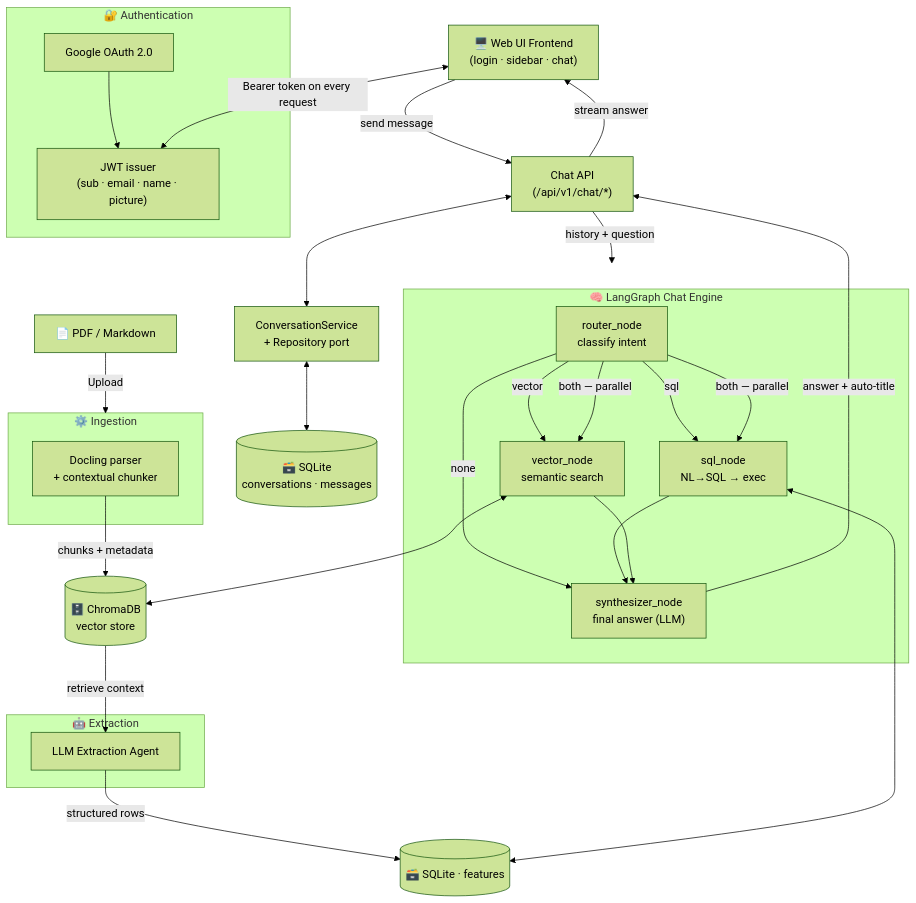
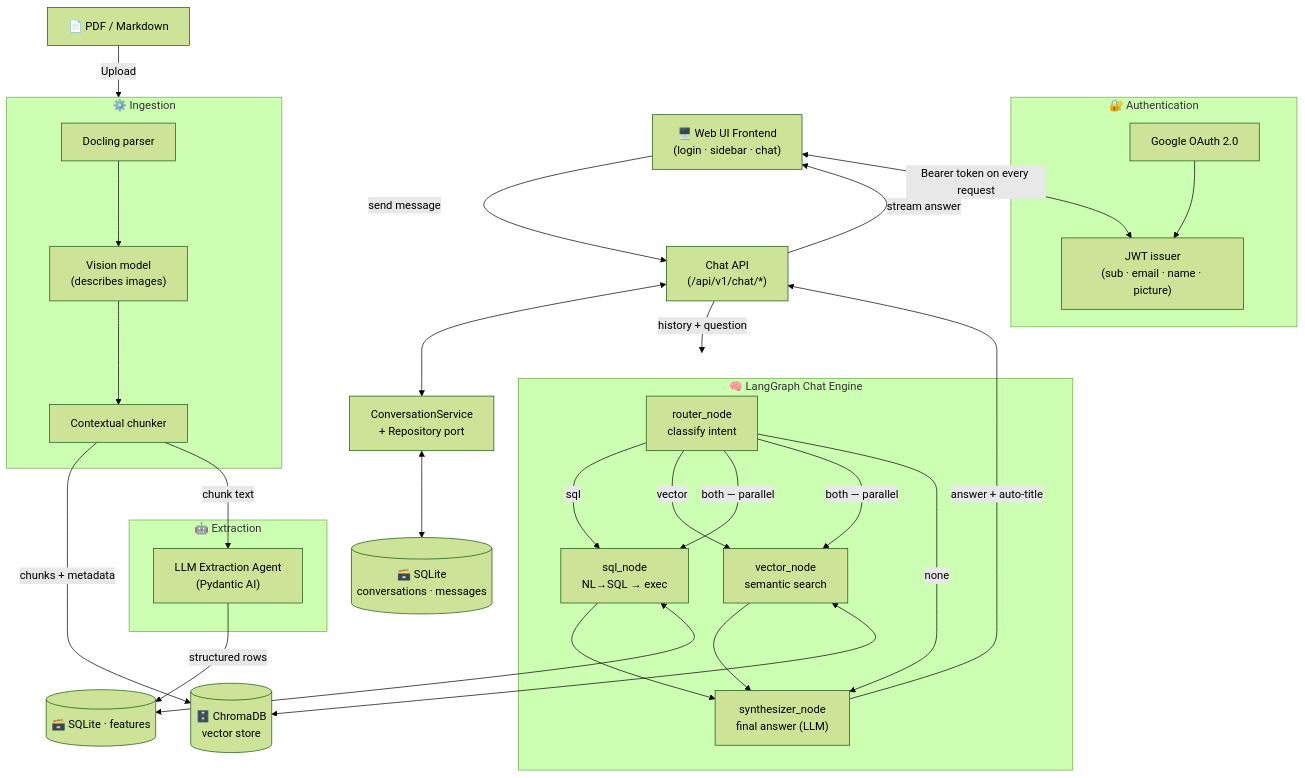
The diagram in README.md (rioooranteai/argos), drawn with Mermaid (forest theme) before and after one commit. The commit also changed other lines of this file, not shown here.

````diff
--- a/README.md
+++ b/README.md
@@ -19,51 +19,54 @@
 ```mermaid
 flowchart TD
     %% ─── Client ───
     UI["🖥️ Web UI Frontend\n(login · sidebar · chat)"]
 
     %% ─── Auth ───
     subgraph AUTH ["🔐 Authentication"]
         GOOGLE["Google OAuth 2.0"]
         JWT["JWT issuer\n(sub · email · name · picture)"]
         GOOGLE --> JWT
     end
     UI <-->|Bearer token on every request| JWT
 
     %% ─── Ingestion + Extraction ───
     DOC["📄 PDF / Markdown"] -->|Upload| ING
     subgraph ING ["⚙️ Ingestion"]
-        DOCLING["Docling parser\n+ contextual chunker"]
+        DOCLING["Docling parser"]
+        VISION["Vision model\n(describes images)"]
+        CHUNKER["Contextual chunker"]
+        DOCLING --> VISION --> CHUNKER
     end
-    DOCLING -->|chunks + metadata| CHROMA[("🗄️ ChromaDB\nvector store")]
+    CHUNKER -->|chunks + metadata| CHROMA[("🗄️ ChromaDB\nvector store")]
 
     subgraph EXT ["🤖 Extraction"]
-        AGENT["LLM Extraction Agent"]
+        AGENT["LLM Extraction Agent\n(Pydantic AI)"]
     end
-    CHROMA -->|retrieve context| AGENT
+    CHUNKER -->|chunk text| AGENT
     AGENT -->|structured rows| FEATURES[("🗃️ SQLite · features")]
 
     %% ─── Conversation persistence ───
     UI -->|send message| CHATAPI["Chat API\n(/api/v1/chat/*)"]
     CHATAPI <--> CONVSVC["ConversationService\n+ Repository port"]
     CONVSVC <--> CONVDB[("🗃️ SQLite\nconversations · messages")]
 
     %% ─── Hybrid retrieval graph ───
     CHATAPI -->|history + question| GRAPH
     subgraph GRAPH ["🧠 LangGraph Chat Engine"]
         ROUTER["router_node\nclassify intent"]
         SQLN["sql_node\nNL→SQL → exec"]
         VECN["vector_node\nsemantic search"]
         SYNTH["synthesizer_node\nfinal answer (LLM)"]
         ROUTER -->|sql| SQLN
         ROUTER -->|vector| VECN
         ROUTER -->|both — parallel| SQLN
         ROUTER -->|both — parallel| VECN
         ROUTER -->|none| SYNTH
         SQLN --> SYNTH
         VECN --> SYNTH
     end
     SQLN <--> FEATURES
     VECN <--> CHROMA
     SYNTH -->|answer + auto-title| CHATAPI
     CHATAPI -->|stream answer| UI
 ```
````
